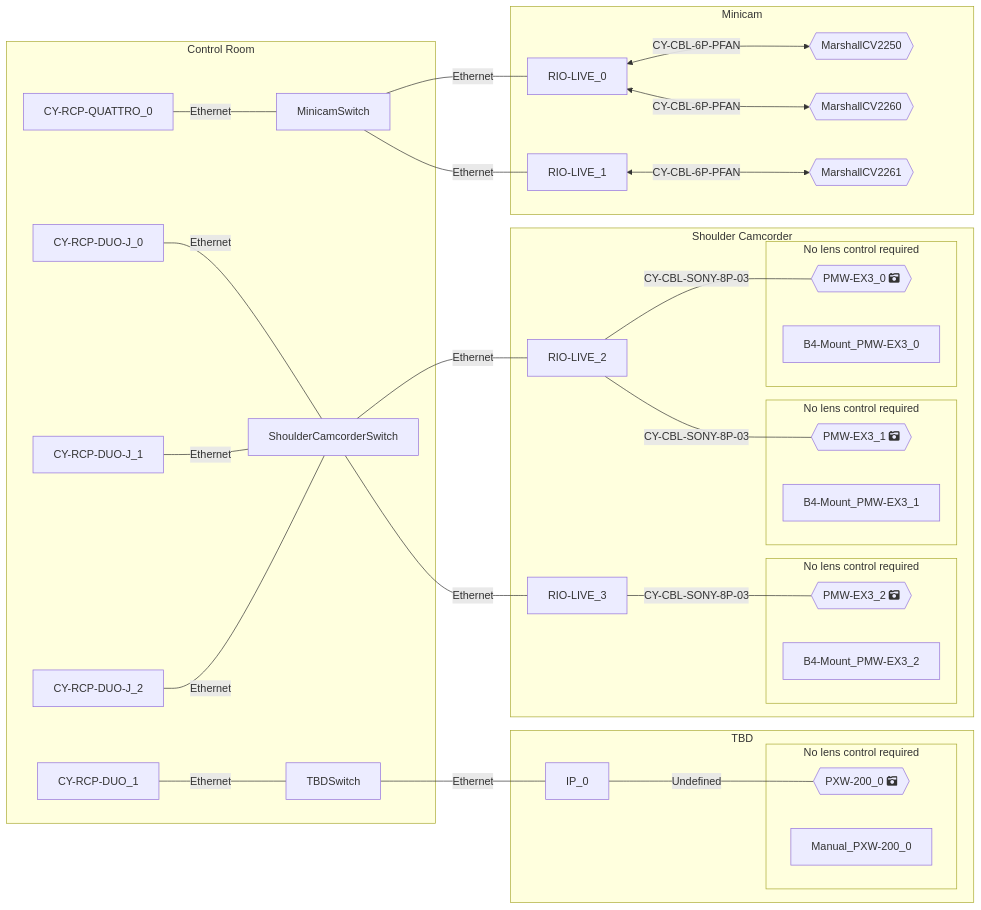
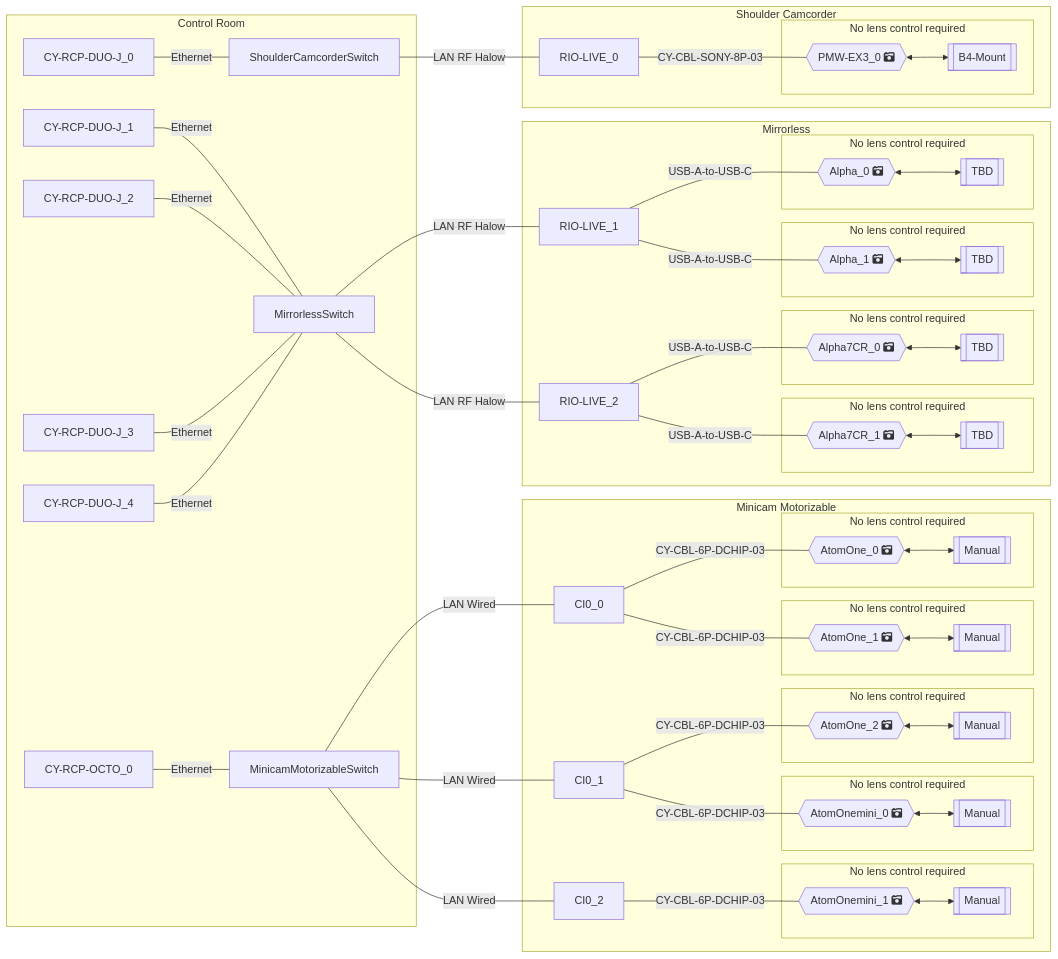
One commit to Rascarquapac/cyansim changed the diagram in debug/mermaid_code_obj.md. Above: the diagram before and after it, drawn with Mermaid. The commit also changed 5 other files, not shown here.

```diff
--- a/debug/mermaid_code_obj.md
+++ b/debug/mermaid_code_obj.md
@@ -1,45 +1,104 @@
 :::mermaid
 graph RL
-subgraph Minicam
-CV225_0{{"MarshallCV2250"}}<-->|CY-CBL-6P-PFAN|RIO-LIVE_0
-CV226_0{{"MarshallCV2260"}}<-->|CY-CBL-6P-PFAN|RIO-LIVE_0
-CV226_1{{"MarshallCV2261"}}<-->|CY-CBL-6P-PFAN|RIO-LIVE_1
-end
 subgraph Shoulder Camcorder
-PMW-EX3_0{{"PMW-EX3_0 fa:fa-camera-retro"}}---|CY-CBL-SONY-8P-03|RIO-LIVE_2
+%% CameraCategory:Broadcast, LensControl:No Need, LensType:B4-Mount
+%%DBG: NOT (CC.FIXED_LENS, CC.IZF_INTEGRATED) branch
+B4-Mount_PMW-EX3_0[[B4-Mount]]<-->PMW-EX3_0
+PMW-EX3_0{{"PMW-EX3_0 fa:fa-camera-retro"}}---|CY-CBL-SONY-8P-03|RIO-LIVE_0
   subgraph PMW-EX3_0_cameralens [No lens control required]
     PMW-EX3_0
-    B4-Mount_PMW-EX3_0
-  end
-PMW-EX3_1{{"PMW-EX3_1 fa:fa-camera-retro"}}---|CY-CBL-SONY-8P-03|RIO-LIVE_2
-  subgraph PMW-EX3_1_cameralens [No lens control required]
-    PMW-EX3_1
-    B4-Mount_PMW-EX3_1
-  end
-PMW-EX3_2{{"PMW-EX3_2 fa:fa-camera-retro"}}---|CY-CBL-SONY-8P-03|RIO-LIVE_3
-  subgraph PMW-EX3_2_cameralens [No lens control required]
-    PMW-EX3_2
-    B4-Mount_PMW-EX3_2
+    B4-Mount_PMW-EX3_0[[B4-Mount]]
   end
 end
-subgraph TBD
-PXW-200_0{{"PXW-200_0 fa:fa-camera-retro"}}---|Undefined|IP_0
-  subgraph PXW-200_0_cameralens [No lens control required]
-    PXW-200_0
-    Manual_PXW-200_0
+subgraph Mirrorless
+%% CameraCategory:Cine Interchangeable, LensControl:No Need, LensType:TBD
+%%DBG: NOT (CC.FIXED_LENS, CC.IZF_INTEGRATED) branch
+TBD_Alpha_0[[TBD]]<-->Alpha_0
+Alpha_0{{"Alpha_0 fa:fa-camera-retro"}}---|USB-A-to-USB-C|RIO-LIVE_1
+  subgraph Alpha_0_cameralens [No lens control required]
+    Alpha_0
+    TBD_Alpha_0[[TBD]]
+  end
+%% CameraCategory:Cine Interchangeable, LensControl:No Need, LensType:TBD
+%%DBG: NOT (CC.FIXED_LENS, CC.IZF_INTEGRATED) branch
+TBD_Alpha_1[[TBD]]<-->Alpha_1
+Alpha_1{{"Alpha_1 fa:fa-camera-retro"}}---|USB-A-to-USB-C|RIO-LIVE_1
+  subgraph Alpha_1_cameralens [No lens control required]
+    Alpha_1
+    TBD_Alpha_1[[TBD]]
+  end
+%% CameraCategory:Cine Interchangeable, LensControl:No Need, LensType:TBD
+%%DBG: NOT (CC.FIXED_LENS, CC.IZF_INTEGRATED) branch
+TBD_Alpha7CR_0[[TBD]]<-->Alpha7CR_0
+Alpha7CR_0{{"Alpha7CR_0 fa:fa-camera-retro"}}---|USB-A-to-USB-C|RIO-LIVE_2
+  subgraph Alpha7CR_0_cameralens [No lens control required]
+    Alpha7CR_0
+    TBD_Alpha7CR_0[[TBD]]
+  end
+%% CameraCategory:Cine Interchangeable, LensControl:No Need, LensType:TBD
+%%DBG: NOT (CC.FIXED_LENS, CC.IZF_INTEGRATED) branch
+TBD_Alpha7CR_1[[TBD]]<-->Alpha7CR_1
+Alpha7CR_1{{"Alpha7CR_1 fa:fa-camera-retro"}}---|USB-A-to-USB-C|RIO-LIVE_2
+  subgraph Alpha7CR_1_cameralens [No lens control required]
+    Alpha7CR_1
+    TBD_Alpha7CR_1[[TBD]]
+  end
+end
+subgraph Minicam Motorizable
+%% CameraCategory:Minicam Motorizable Lens, LensControl:No Need, LensType:Manual
+%%DBG: NOT (CC.FIXED_LENS, CC.IZF_INTEGRATED) branch
+Manual_AtomOne_0[[Manual]]<-->AtomOne_0
+AtomOne_0{{"AtomOne_0 fa:fa-camera-retro"}}---|CY-CBL-6P-DCHIP-03|CI0_0
+  subgraph AtomOne_0_cameralens [No lens control required]
+    AtomOne_0
+    Manual_AtomOne_0[[Manual]]
+  end
+%% CameraCategory:Minicam Motorizable Lens, LensControl:No Need, LensType:Manual
+%%DBG: NOT (CC.FIXED_LENS, CC.IZF_INTEGRATED) branch
+Manual_AtomOne_1[[Manual]]<-->AtomOne_1
+AtomOne_1{{"AtomOne_1 fa:fa-camera-retro"}}---|CY-CBL-6P-DCHIP-03|CI0_0
+  subgraph AtomOne_1_cameralens [No lens control required]
+    AtomOne_1
+    Manual_AtomOne_1[[Manual]]
+  end
+%% CameraCategory:Minicam Motorizable Lens, LensControl:No Need, LensType:Manual
+%%DBG: NOT (CC.FIXED_LENS, CC.IZF_INTEGRATED) branch
+Manual_AtomOne_2[[Manual]]<-->AtomOne_2
+AtomOne_2{{"AtomOne_2 fa:fa-camera-retro"}}---|CY-CBL-6P-DCHIP-03|CI0_1
+  subgraph AtomOne_2_cameralens [No lens control required]
+    AtomOne_2
+    Manual_AtomOne_2[[Manual]]
+  end
+%% CameraCategory:Minicam Motorizable Lens, LensControl:No Need, LensType:Manual
+%%DBG: NOT (CC.FIXED_LENS, CC.IZF_INTEGRATED) branch
+Manual_AtomOnemini_0[[Manual]]<-->AtomOnemini_0
+AtomOnemini_0{{"AtomOnemini_0 fa:fa-camera-retro"}}---|CY-CBL-6P-DCHIP-03|CI0_1
+  subgraph AtomOnemini_0_cameralens [No lens control required]
+    AtomOnemini_0
+    Manual_AtomOnemini_0[[Manual]]
+  end
+%% CameraCategory:Minicam Motorizable Lens, LensControl:No Need, LensType:Manual
+%%DBG: NOT (CC.FIXED_LENS, CC.IZF_INTEGRATED) branch
+Manual_AtomOnemini_1[[Manual]]<-->AtomOnemini_1
+AtomOnemini_1{{"AtomOnemini_1 fa:fa-camera-retro"}}---|CY-CBL-6P-DCHIP-03|CI0_2
+  subgraph AtomOnemini_1_cameralens [No lens control required]
+    AtomOnemini_1
+    Manual_AtomOnemini_1[[Manual]]
   end
 end
 subgraph "Control Room" 
-RIO-LIVE_0 --- |Ethernet|MinicamSwitch
-RIO-LIVE_1 --- |Ethernet|MinicamSwitch
-RIO-LIVE_2 --- |Ethernet|ShoulderCamcorderSwitch
-RIO-LIVE_3 --- |Ethernet|ShoulderCamcorderSwitch
-IP_0 --- |Ethernet|TBDSwitch
-MinicamSwitch --- |Ethernet|CY-RCP-QUATTRO_0
+RIO-LIVE_0 --- |LAN RF Halow|ShoulderCamcorderSwitch
+RIO-LIVE_1 --- |LAN RF Halow|MirrorlessSwitch
+RIO-LIVE_2 --- |LAN RF Halow|MirrorlessSwitch
+CI0_0 --- |LAN Wired|MinicamMotorizableSwitch
+CI0_1 --- |LAN Wired|MinicamMotorizableSwitch
+CI0_2 --- |LAN Wired|MinicamMotorizableSwitch
 ShoulderCamcorderSwitch --- |Ethernet|CY-RCP-DUO-J_0
-ShoulderCamcorderSwitch --- |Ethernet|CY-RCP-DUO-J_1
-ShoulderCamcorderSwitch --- |Ethernet|CY-RCP-DUO-J_2
-TBDSwitch --- |Ethernet|CY-RCP-DUO_1
+MirrorlessSwitch --- |Ethernet|CY-RCP-DUO-J_1
+MirrorlessSwitch --- |Ethernet|CY-RCP-DUO-J_2
+MirrorlessSwitch --- |Ethernet|CY-RCP-DUO-J_3
+MirrorlessSwitch --- |Ethernet|CY-RCP-DUO-J_4
+MinicamMotorizableSwitch --- |Ethernet|CY-RCP-OCTO_0
 end
 
 :::
```
